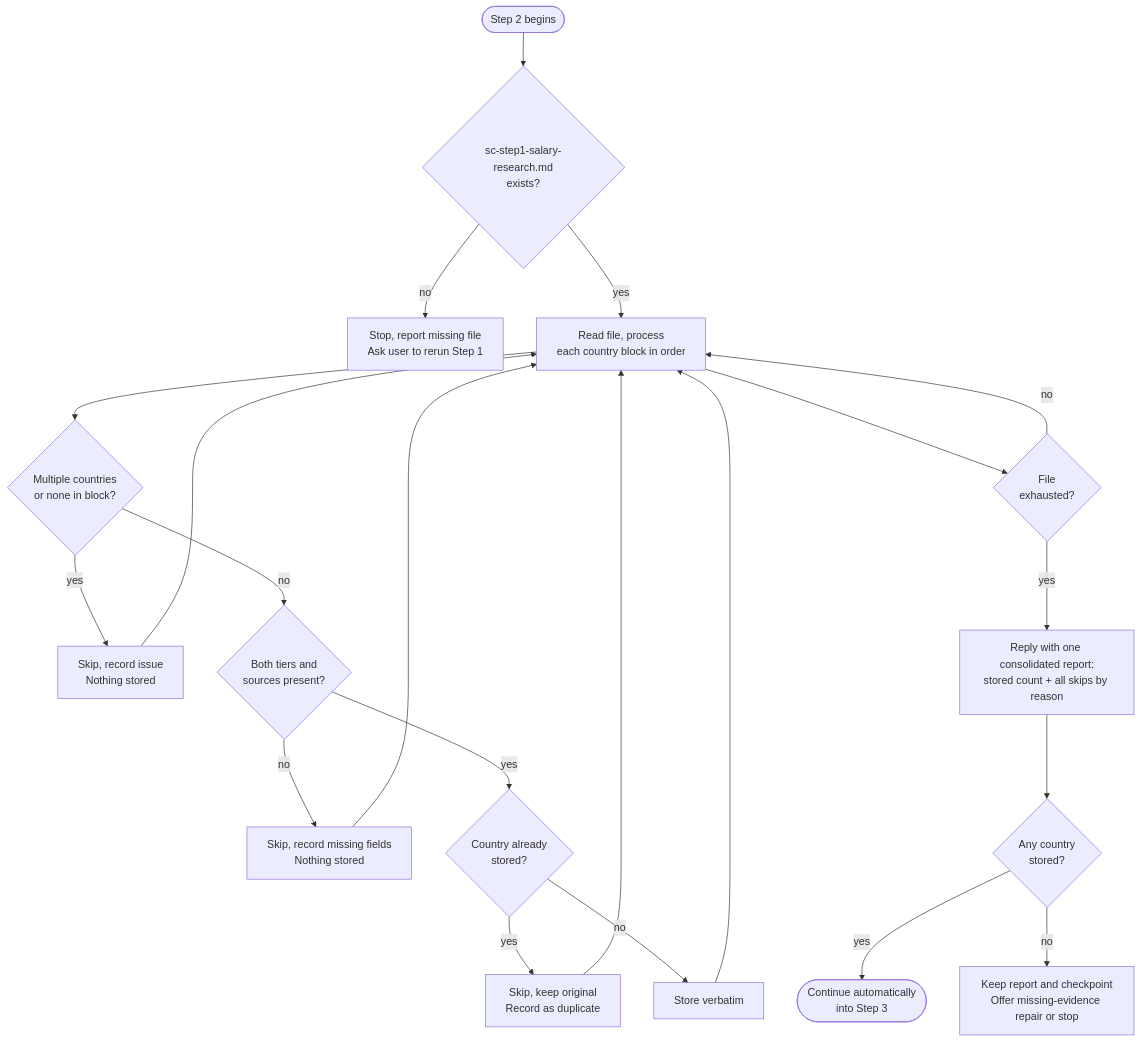
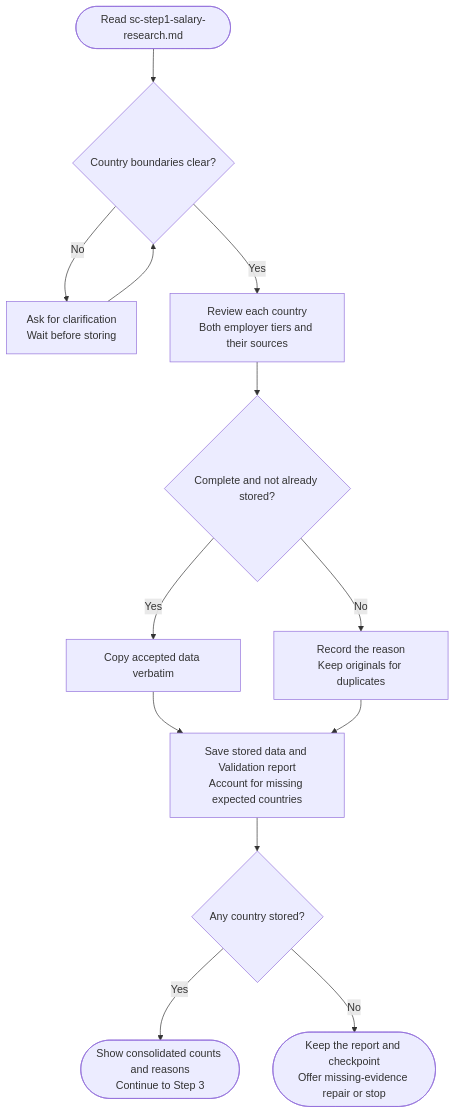
The diagram in docs/commands/salary-calculator/step2-data-validation.md (myowinthein/agent-compass), drawn with Mermaid before and after one commit. The commit also changed other lines of this file and 17 other files, not shown here.

Commit message:
docs(commands): simplify command guides and flow diagrams

````diff
--- a/docs/commands/salary-calculator/step2-data-validation.md
+++ b/docs/commands/salary-calculator/step2-data-validation.md
@@ -16,23 +14,15 @@
 ```mermaid
 flowchart TD
-  Start([Step 2 begins]) --> FileCheck{sc-step1-salary-research.md\nexists?}
-  FileCheck -->|no| Error[Stop, report missing file\nAsk user to rerun Step 1]
-  FileCheck -->|yes| ReadFile[Read file, process\neach country block in order]
-  ReadFile --> MultiCheck{Multiple countries\nor none in block?}
-  MultiCheck -->|yes| Err1[Skip, record issue\nNothing stored]
-  Err1 --> ReadFile
-  MultiCheck -->|no| FieldCheck{Both tiers and\nsources present?}
-  FieldCheck -->|no| Err2[Skip, record missing fields\nNothing stored]
-  Err2 --> ReadFile
-  FieldCheck -->|yes| DupCheck{Country already\nstored?}
-  DupCheck -->|yes| Skip[Skip, keep original\nRecord as duplicate]
-  DupCheck -->|no| Store[Store verbatim]
-  Skip --> ReadFile
-  Store --> ReadFile
-  ReadFile --> Done{File\nexhausted?}
-  Done -->|no| ReadFile
-  Done -->|yes| Report[Reply with one consolidated report:\nstored count + all skips by reason]
-  Report --> Usable{Any country\nstored?}
-  Usable -->|yes| End([Continue automatically\ninto Step 3])
-  Usable -->|no| Repair[Keep report and checkpoint\nOffer missing-evidence repair or stop]
+  Start(["Read sc-step1-salary-research.md"]) --> Bounds{"Country boundaries clear?"}
+  Bounds -->|No| Ask["Ask for clarification<br/>Wait before storing"]
+  Ask --> Bounds
+  Bounds -->|Yes| Review["Review each country<br/>Both employer tiers and their sources"]
+  Review --> Accept{"Complete and not already stored?"}
+  Accept -->|Yes| Store["Copy accepted data verbatim"]
+  Accept -->|No| Skip["Record the reason<br/>Keep originals for duplicates"]
+  Store --> Save["Save stored data and Validation report<br/>Account for missing expected countries"]
+  Skip --> Save
+  Save --> Usable{"Any country stored?"}
+  Usable -->|Yes| Next(["Show consolidated counts and reasons<br/>Continue to Step 3"])
+  Usable -->|No| Repair(["Keep the report and checkpoint<br/>Offer missing-evidence repair or stop"])
 ```
````
